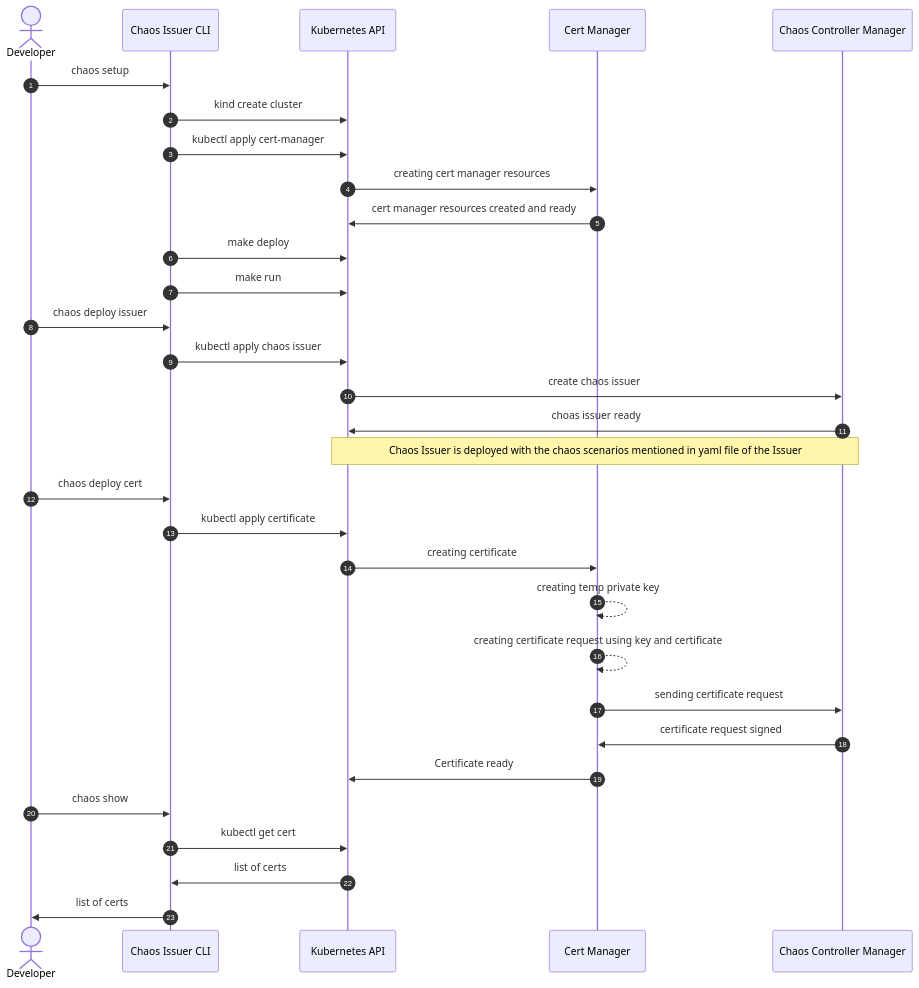
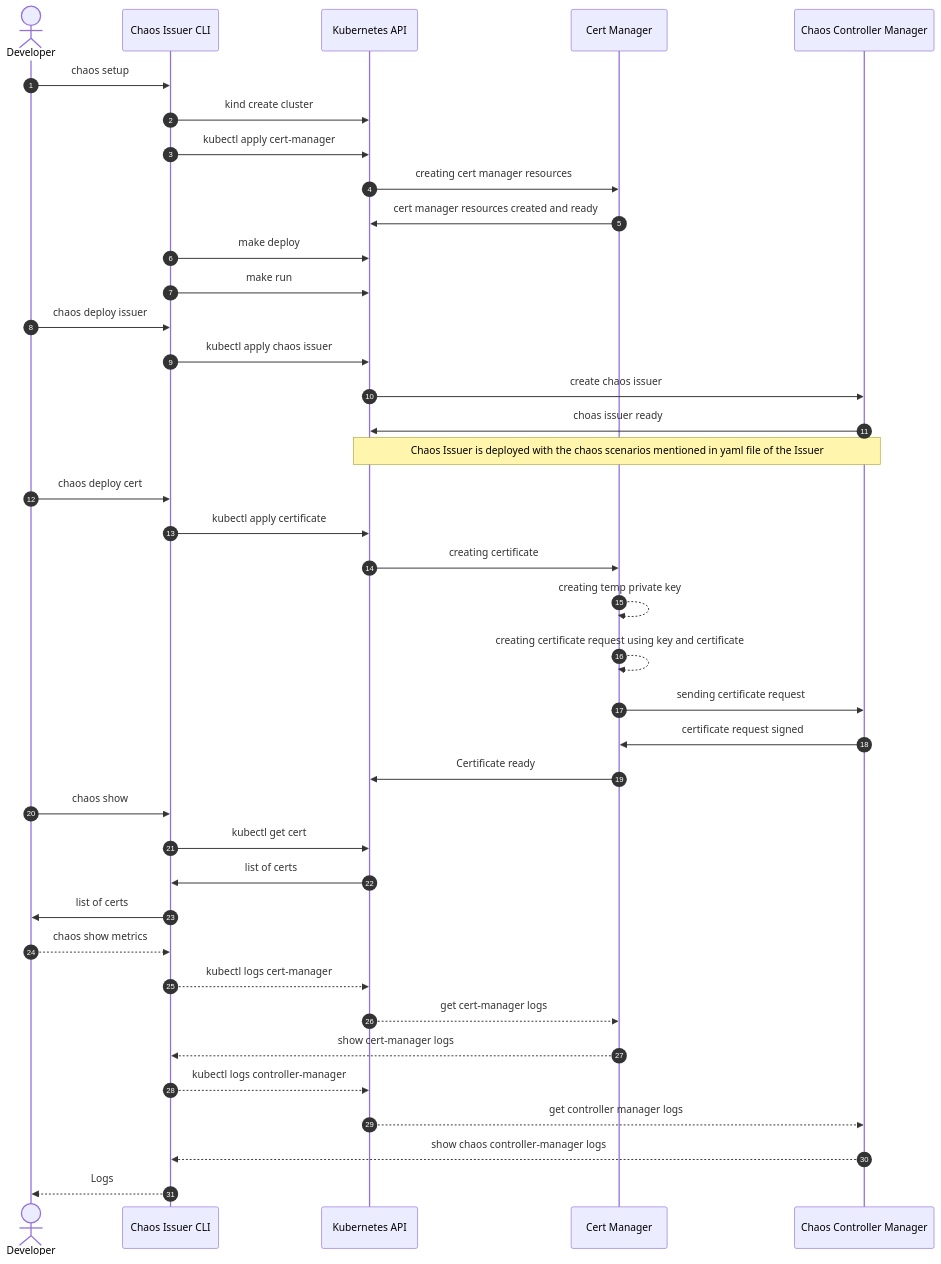
One commit to kxk-4498/venafi-test-wizard changed the diagram in sequence.md. Above: the diagram before and after it, drawn with Mermaid.

Commit message:
updated sequence diagram

````diff
--- a/sequence.md
+++ b/sequence.md
@@ -17,33 +17,41 @@
 ```mermaid
 sequenceDiagram
     actor Developer
     autonumber
     participant Chaos Issuer CLI
     participant Kubernetes API
     participant Cert Manager
     participant Chaos Controller Manager
     Developer->>Chaos Issuer CLI:chaos setup
     Chaos Issuer CLI->>Kubernetes API:kind create cluster
     Chaos Issuer CLI->>Kubernetes API:kubectl apply cert-manager
     Kubernetes API->>Cert Manager:creating cert manager resources
     Cert Manager->>Kubernetes API:cert manager resources created and ready
     Chaos Issuer CLI->>Kubernetes API:make deploy
     Chaos Issuer CLI->>Kubernetes API:make run
     Developer->>Chaos Issuer CLI:chaos deploy issuer
     Chaos Issuer CLI->>Kubernetes API:kubectl apply chaos issuer
     Kubernetes API->>Chaos Controller Manager:create chaos issuer
     Chaos Controller Manager->>Kubernetes API:choas issuer ready
     Note over Kubernetes API, Chaos Controller Manager:Chaos Issuer is deployed with the chaos scenarios mentioned in yaml file of the Issuer
     Developer->>Chaos Issuer CLI:chaos deploy cert
     Chaos Issuer CLI->>Kubernetes API:kubectl apply certificate
     Kubernetes API->>Cert Manager:creating certificate
     Cert Manager-->>Cert Manager:creating temp private key
     Cert Manager-->>Cert Manager:creating certificate request using key and certificate
     Cert Manager->>Chaos Controller Manager:sending certificate request
     Chaos Controller Manager->>Cert Manager:certificate request signed
     Cert Manager->>Kubernetes API:Certificate ready
     Developer->>Chaos Issuer CLI:chaos show
     Chaos Issuer CLI->>Kubernetes API:kubectl get cert
     Kubernetes API->>Chaos Issuer CLI:list of certs
     Chaos Issuer CLI->>Developer:list of certs
+    Developer-->>Chaos Issuer CLI:chaos show metrics
+    Chaos Issuer CLI-->>Kubernetes API:kubectl logs cert-manager
+    Kubernetes API-->>Cert Manager:get cert-manager logs
+    Cert Manager-->>Chaos Issuer CLI: show cert-manager logs
+    Chaos Issuer CLI-->>Kubernetes API:kubectl logs controller-manager
+    Kubernetes API-->>Chaos Controller Manager:get controller manager logs
+    Chaos Controller Manager-->>Chaos Issuer CLI: show chaos controller-manager logs
+    Chaos Issuer CLI-->>Developer: Logs
 ```
````
